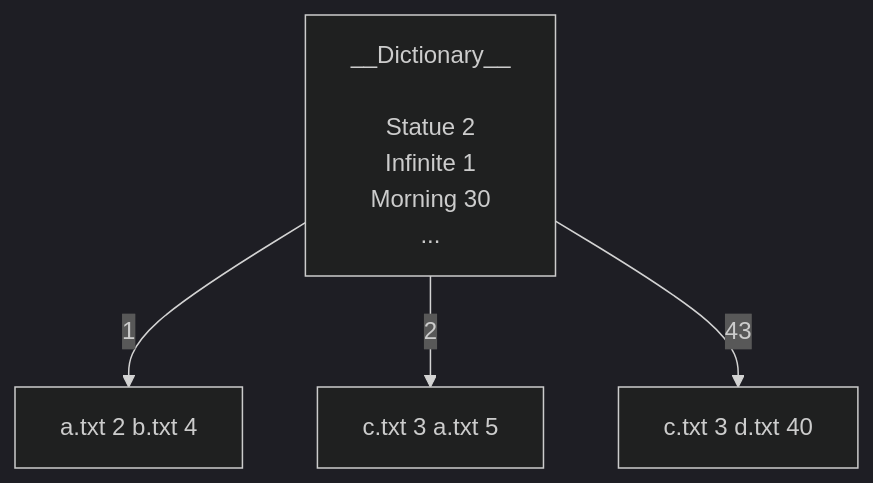
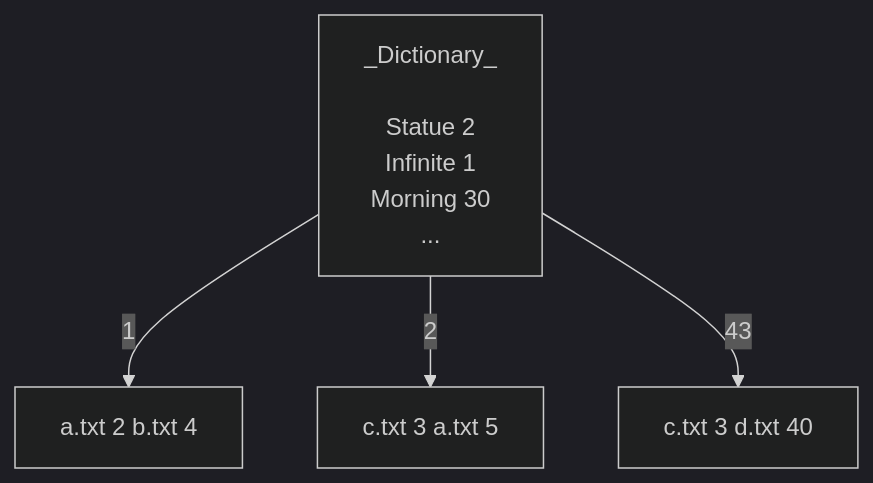
The diagram in README.md (z1skgr/index.dictionary-memory.java), drawn with Mermaid (dark theme) before and after one commit.

````diff
--- a/README.md
+++ b/README.md
@@ -11,8 +11,8 @@
 ```mermaid
 graph TD;
 
-    A[__Dictionary__ <br><br> Statue 2 <br> Infinite 1 <br> Morning 30 <br> ... <br>]-->|1|B[a.txt 2 b.txt 4];
-    A[__Dictionary__ <br><br> Statue 2 <br> Infinite 1 <br> Morning 30 <br> ... <br>]-->|2|C[c.txt 3 a.txt 5];
-    A[__Dictionary__ <br><br> Statue 2 <br> Infinite 1 <br> Morning 30 <br> ... <br>]-->|43|D[c.txt 3 d.txt 40];
+    A[_Dictionary_ <br><br> Statue 2 <br> Infinite 1 <br> Morning 30 <br> ... <br>]-->|1|B[a.txt 2 b.txt 4];
+    A[_Dictionary_ <br><br> Statue 2 <br> Infinite 1 <br> Morning 30 <br> ... <br>]-->|2|C[c.txt 3 a.txt 5];
+    A[_Dictionary_ <br><br> Statue 2 <br> Infinite 1 <br> Morning 30 <br> ... <br>]-->|43|D[c.txt 3 d.txt 40];
 
 ```
````
